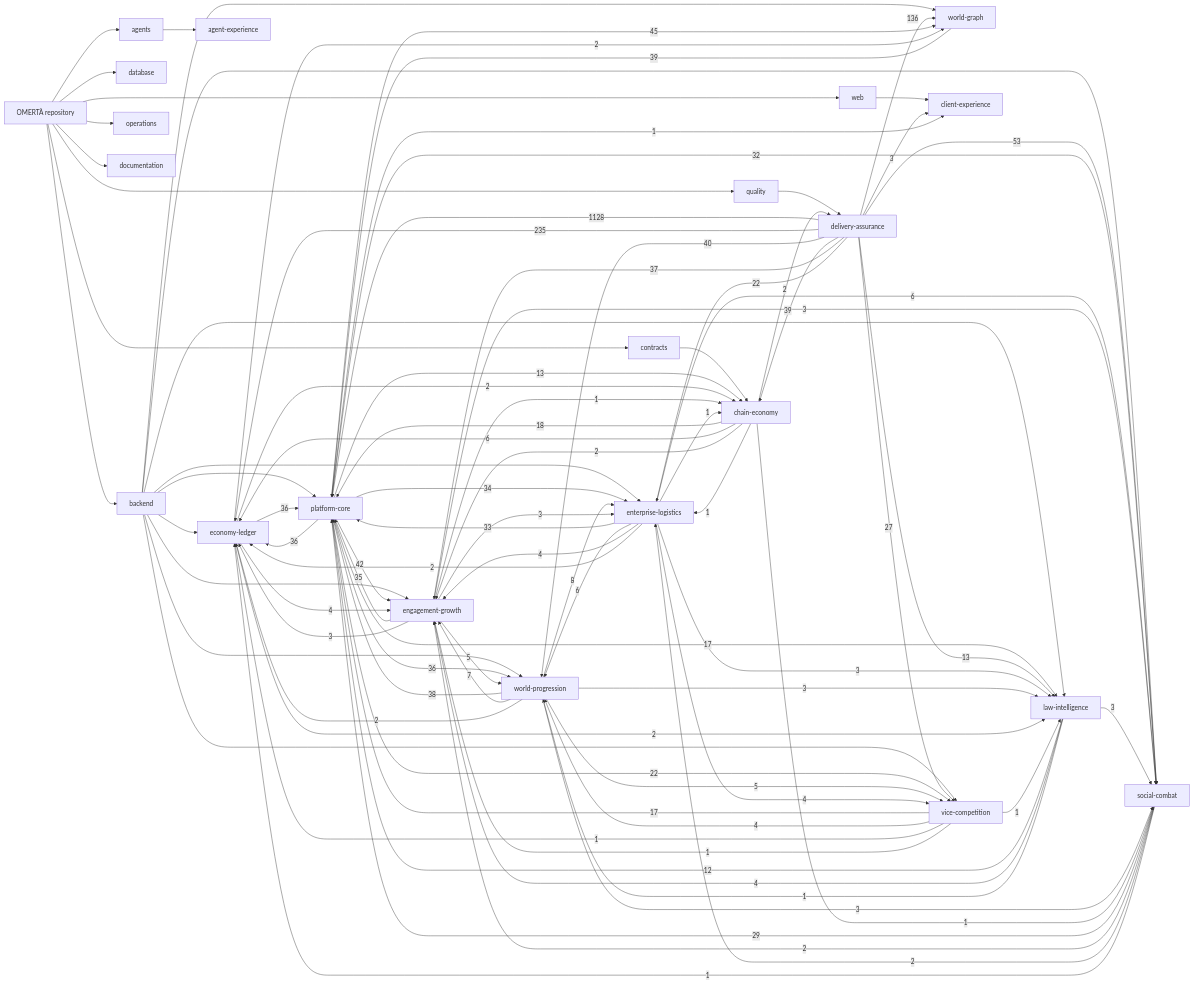
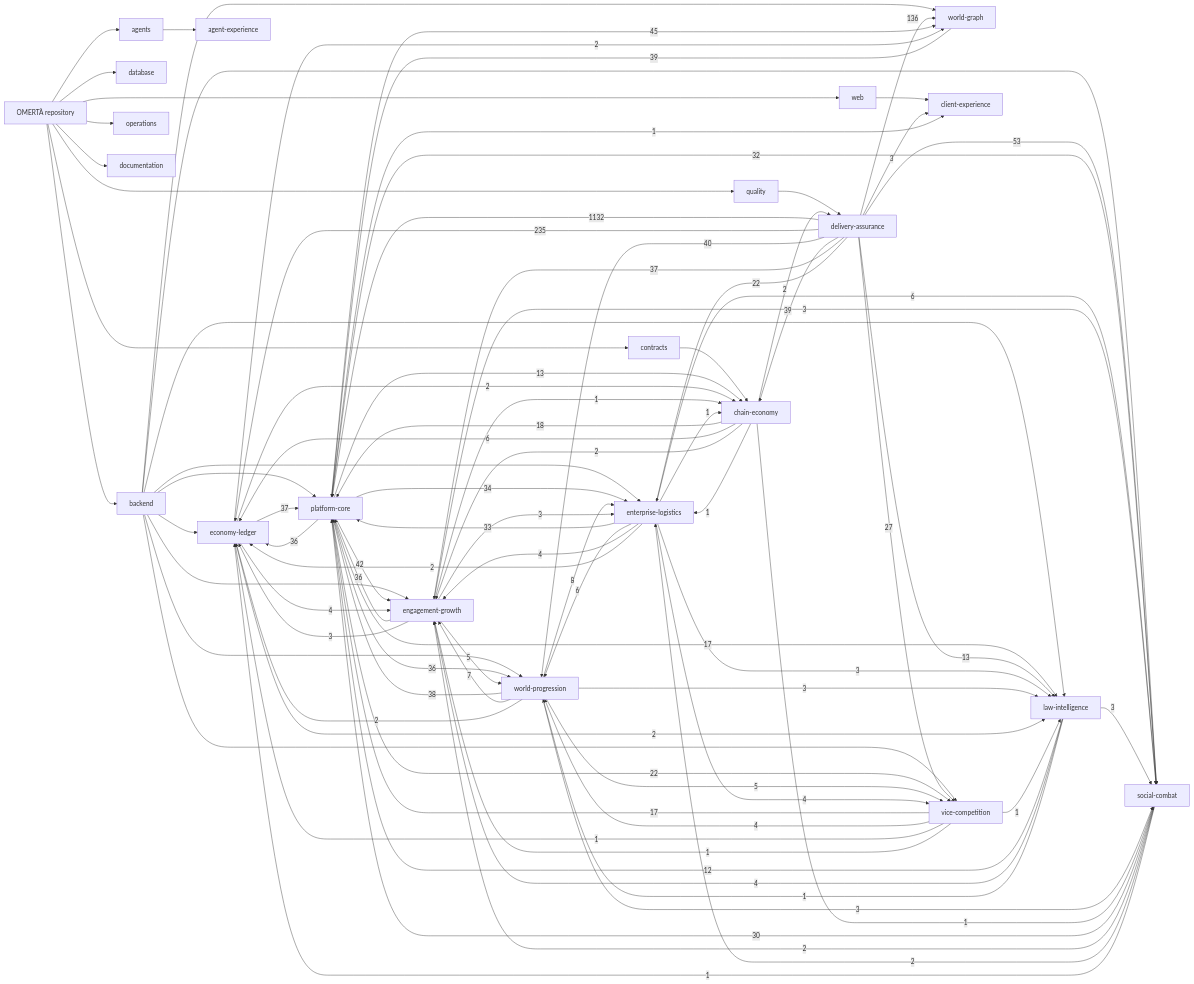
One commit to OmertaDev/Omerta changed the diagram in knowledge/generated/graph.mmd. Above: the diagram before and after it, drawn with Mermaid. The commit also changed 7 other files, not shown here.

```diff
--- a/knowledge/generated/graph.mmd
+++ b/knowledge/generated/graph.mmd
@@ -1,111 +1,111 @@
 flowchart LR
   repo["OMERTÀ repository"]
   sub_backend["backend"]
   repo --> sub_backend
   sub_database["database"]
   repo --> sub_database
   sub_web["web"]
   repo --> sub_web
   sub_contracts["contracts"]
   repo --> sub_contracts
   sub_agents["agents"]
   repo --> sub_agents
   sub_quality["quality"]
   repo --> sub_quality
   sub_operations["operations"]
   repo --> sub_operations
   sub_documentation["documentation"]
   repo --> sub_documentation
   dom_platform-core["platform-core"]
   dom_economy-ledger["economy-ledger"]
   dom_social-combat["social-combat"]
   dom_world-progression["world-progression"]
   dom_world-graph["world-graph"]
   dom_enterprise-logistics["enterprise-logistics"]
   dom_vice-competition["vice-competition"]
   dom_law-intelligence["law-intelligence"]
   dom_chain-economy["chain-economy"]
   dom_engagement-growth["engagement-growth"]
   dom_client-experience["client-experience"]
   dom_agent-experience["agent-experience"]
   dom_delivery-assurance["delivery-assurance"]
   sub_agents --> dom_agent-experience
   sub_backend --> dom_economy-ledger
   sub_backend --> dom_engagement-growth
   sub_backend --> dom_enterprise-logistics
   sub_backend --> dom_law-intelligence
   sub_backend --> dom_platform-core
   sub_backend --> dom_social-combat
   sub_backend --> dom_vice-competition
   sub_backend --> dom_world-graph
   sub_backend --> dom_world-progression
   sub_contracts --> dom_chain-economy
   sub_quality --> dom_delivery-assurance
   sub_web --> dom_client-experience
-  dom_delivery-assurance -->|1128| dom_platform-core
+  dom_delivery-assurance -->|1132| dom_platform-core
   dom_delivery-assurance -->|235| dom_economy-ledger
   dom_delivery-assurance -->|136| dom_world-graph
   dom_delivery-assurance -->|53| dom_social-combat
   dom_platform-core -->|45| dom_world-graph
   dom_platform-core -->|42| dom_engagement-growth
   dom_delivery-assurance -->|40| dom_world-progression
   dom_delivery-assurance -->|39| dom_chain-economy
   dom_world-graph -->|39| dom_platform-core
   dom_world-progression -->|38| dom_platform-core
   dom_delivery-assurance -->|37| dom_engagement-growth
-  dom_economy-ledger -->|36| dom_platform-core
+  dom_economy-ledger -->|37| dom_platform-core
+  dom_engagement-growth -->|36| dom_platform-core
   dom_platform-core -->|36| dom_economy-ledger
   dom_platform-core -->|36| dom_world-progression
-  dom_engagement-growth -->|35| dom_platform-core
   dom_platform-core -->|34| dom_enterprise-logistics
   dom_enterprise-logistics -->|33| dom_platform-core
   dom_platform-core -->|32| dom_social-combat
-  dom_social-combat -->|29| dom_platform-core
+  dom_social-combat -->|30| dom_platform-core
   dom_delivery-assurance -->|27| dom_vice-competition
   dom_delivery-assurance -->|22| dom_enterprise-logistics
   dom_platform-core -->|22| dom_vice-competition
   dom_chain-economy -->|18| dom_platform-core
   dom_platform-core -->|17| dom_law-intelligence
   dom_vice-competition -->|17| dom_platform-core
   dom_delivery-assurance -->|13| dom_law-intelligence
   dom_platform-core -->|13| dom_chain-economy
   dom_law-intelligence -->|12| dom_platform-core
   dom_world-progression -->|8| dom_enterprise-logistics
   dom_world-progression -->|7| dom_engagement-growth
   dom_chain-economy -->|6| dom_economy-ledger
   dom_enterprise-logistics -->|6| dom_social-combat
   dom_enterprise-logistics -->|6| dom_world-progression
   dom_engagement-growth -->|5| dom_world-progression
   dom_world-progression -->|5| dom_vice-competition
   dom_economy-ledger -->|4| dom_engagement-growth
   dom_enterprise-logistics -->|4| dom_engagement-growth
   dom_enterprise-logistics -->|4| dom_vice-competition
   dom_law-intelligence -->|4| dom_engagement-growth
   dom_vice-competition -->|4| dom_world-progression
   dom_delivery-assurance -->|3| dom_client-experience
   dom_engagement-growth -->|3| dom_economy-ledger
   dom_engagement-growth -->|3| dom_enterprise-logistics
   dom_engagement-growth -->|3| dom_social-combat
   dom_enterprise-logistics -->|3| dom_law-intelligence
   dom_law-intelligence -->|3| dom_social-combat
   dom_world-progression -->|3| dom_law-intelligence
   dom_world-progression -->|3| dom_social-combat
   dom_chain-economy -->|2| dom_delivery-assurance
   dom_chain-economy -->|2| dom_engagement-growth
   dom_economy-ledger -->|2| dom_chain-economy
   dom_economy-ledger -->|2| dom_law-intelligence
   dom_economy-ledger -->|2| dom_world-graph
   dom_enterprise-logistics -->|2| dom_economy-ledger
   dom_social-combat -->|2| dom_engagement-growth
   dom_social-combat -->|2| dom_enterprise-logistics
   dom_world-progression -->|2| dom_economy-ledger
   dom_chain-economy -->|1| dom_enterprise-logistics
   dom_chain-economy -->|1| dom_social-combat
   dom_engagement-growth -->|1| dom_chain-economy
   dom_enterprise-logistics -->|1| dom_chain-economy
   dom_law-intelligence -->|1| dom_world-progression
   dom_platform-core -->|1| dom_client-experience
   dom_social-combat -->|1| dom_economy-ledger
   dom_vice-competition -->|1| dom_economy-ledger
   dom_vice-competition -->|1| dom_engagement-growth
   dom_vice-competition -->|1| dom_law-intelligence
```
